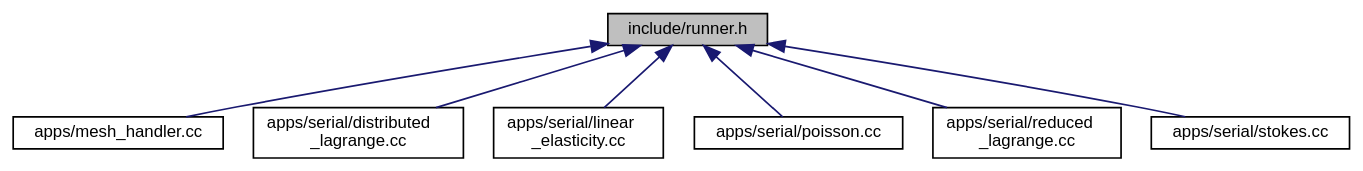
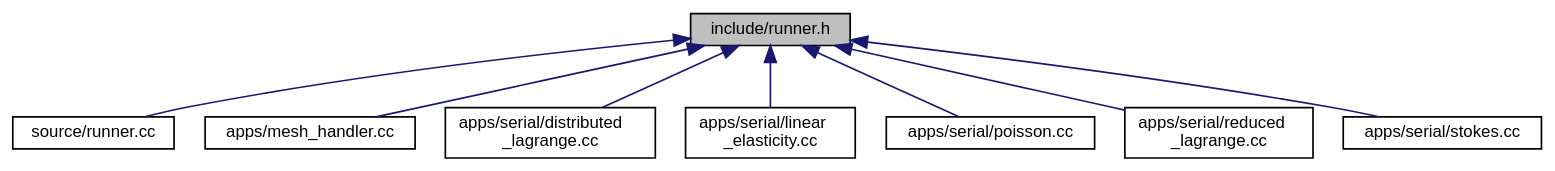
Before and after one commit to luca-heltai/fsi-suite: the diagram in runner_8h__dep__incl.dot, drawn with Graphviz. The commit also changed 615 other files, not shown here.

```diff
--- a/runner_8h__dep__incl.dot
+++ b/runner_8h__dep__incl.dot
@@ -1,20 +1,22 @@
 digraph "include/runner.h"
 {
  // LATEX_PDF_SIZE
   bgcolor="transparent";
   edge [fontname="Helvetica",fontsize="10",labelfontname="Helvetica",labelfontsize="10"];
   node [fontname="Helvetica",fontsize="10",shape=record];
   Node1 [label="include/runner.h",height=0.2,width=0.4,color="black", fillcolor="grey75", style="filled", fontcolor="black",tooltip=" "];
   Node1 -> Node2 [dir="back",color="midnightblue",fontsize="10",style="solid",fontname="Helvetica"];
-  Node2 [label="apps/mesh_handler.cc",height=0.2,width=0.4,color="black",URL="$mesh__handler_8cc.html",tooltip="Mesh generator and reader."];
+  Node2 [label="source/runner.cc",height=0.2,width=0.4,color="black",URL="$runner_8cc.html",tooltip=" "];
   Node1 -> Node3 [dir="back",color="midnightblue",fontsize="10",style="solid",fontname="Helvetica"];
-  Node3 [label="apps/serial/distributed\l_lagrange.cc",height=0.2,width=0.4,color="black",URL="$apps_2serial_2distributed__lagrange_8cc.html",tooltip=" "];
+  Node3 [label="apps/mesh_handler.cc",height=0.2,width=0.4,color="black",URL="$mesh__handler_8cc.html",tooltip="Mesh generator and reader."];
   Node1 -> Node4 [dir="back",color="midnightblue",fontsize="10",style="solid",fontname="Helvetica"];
-  Node4 [label="apps/serial/linear\l_elasticity.cc",height=0.2,width=0.4,color="black",URL="$apps_2serial_2linear__elasticity_8cc.html",tooltip=" "];
+  Node4 [label="apps/serial/distributed\l_lagrange.cc",height=0.2,width=0.4,color="black",URL="$apps_2serial_2distributed__lagrange_8cc.html",tooltip=" "];
   Node1 -> Node5 [dir="back",color="midnightblue",fontsize="10",style="solid",fontname="Helvetica"];
-  Node5 [label="apps/serial/poisson.cc",height=0.2,width=0.4,color="black",URL="$apps_2serial_2poisson_8cc.html",tooltip=" "];
+  Node5 [label="apps/serial/linear\l_elasticity.cc",height=0.2,width=0.4,color="black",URL="$apps_2serial_2linear__elasticity_8cc.html",tooltip=" "];
   Node1 -> Node6 [dir="back",color="midnightblue",fontsize="10",style="solid",fontname="Helvetica"];
-  Node6 [label="apps/serial/reduced\l_lagrange.cc",height=0.2,width=0.4,color="black",URL="$apps_2serial_2reduced__lagrange_8cc.html",tooltip=" "];
+  Node6 [label="apps/serial/poisson.cc",height=0.2,width=0.4,color="black",URL="$apps_2serial_2poisson_8cc.html",tooltip=" "];
   Node1 -> Node7 [dir="back",color="midnightblue",fontsize="10",style="solid",fontname="Helvetica"];
-  Node7 [label="apps/serial/stokes.cc",height=0.2,width=0.4,color="black",URL="$apps_2serial_2stokes_8cc.html",tooltip=" "];
+  Node7 [label="apps/serial/reduced\l_lagrange.cc",height=0.2,width=0.4,color="black",URL="$apps_2serial_2reduced__lagrange_8cc.html",tooltip=" "];
+  Node1 -> Node8 [dir="back",color="midnightblue",fontsize="10",style="solid",fontname="Helvetica"];
+  Node8 [label="apps/serial/stokes.cc",height=0.2,width=0.4,color="black",URL="$apps_2serial_2stokes_8cc.html",tooltip=" "];
 }
```
